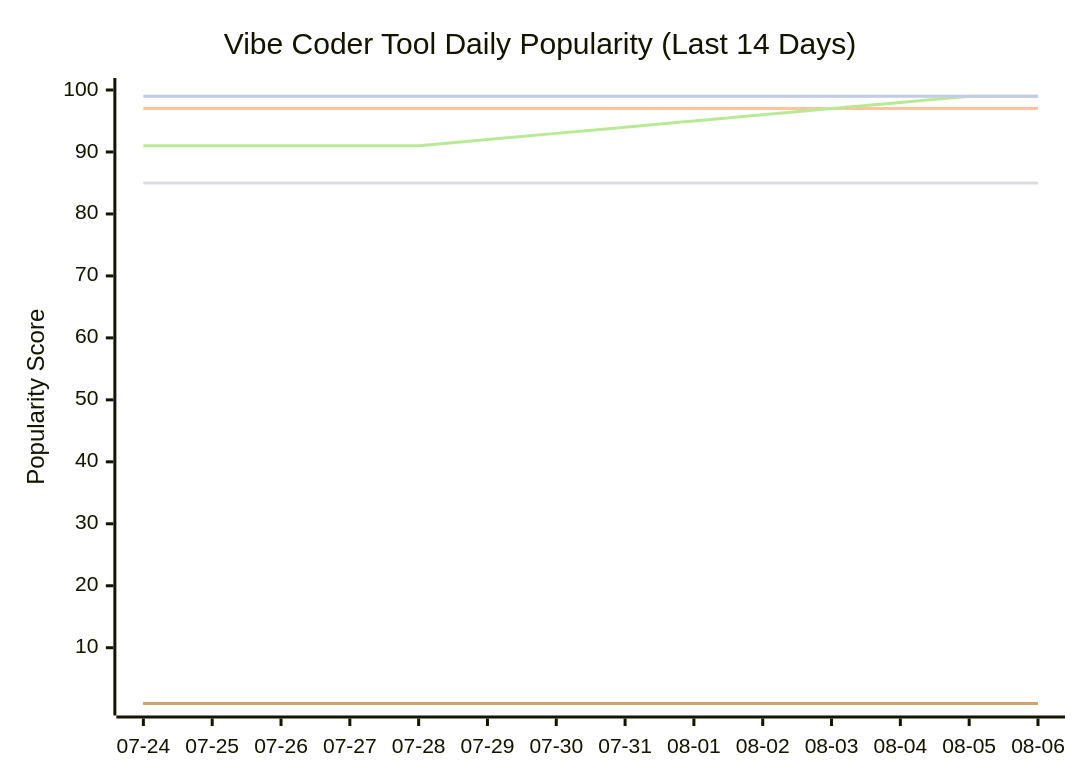
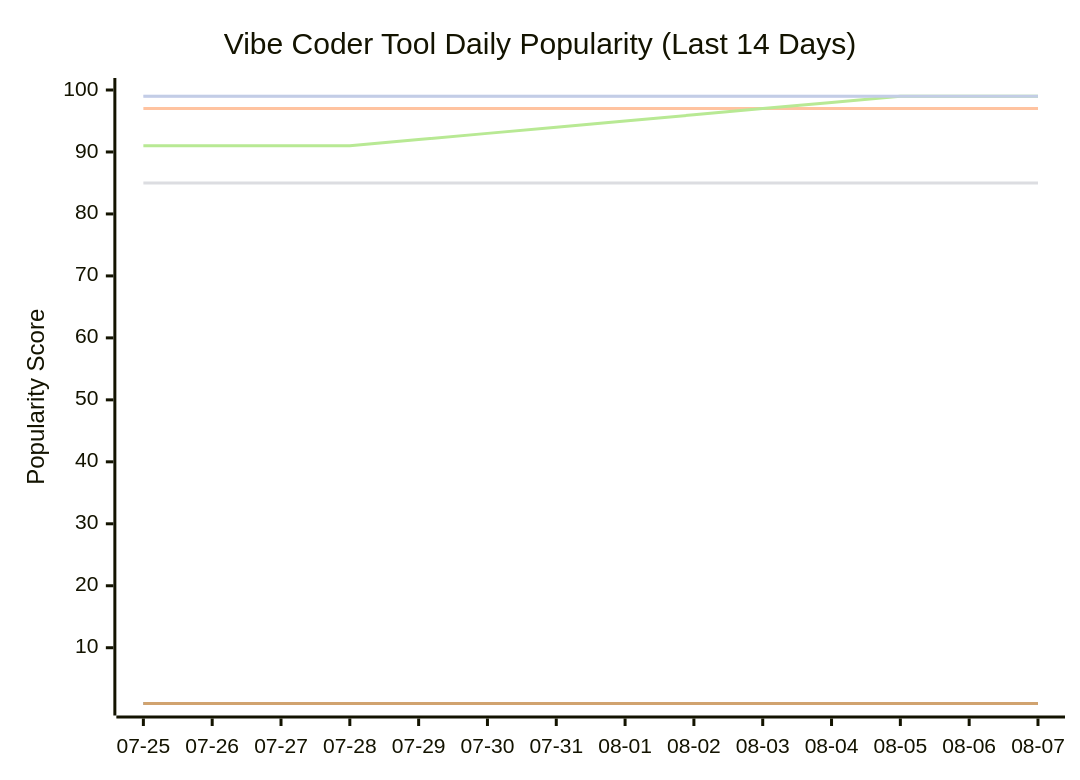
Before and after one commit to tykimos/ai-whatchelin: the seventh of 11 diagrams in README.md, drawn with Mermaid. The commit also changed other lines of this file and 4 other files, not shown here.

````diff
--- a/README.md
+++ b/README.md
@@ -2181,13 +2181,13 @@
 ```mermaid
 xychart-beta
     title "Vibe Coder Tool Daily Popularity (Last 14 Days)"
-    x-axis ["07-24", "07-25", "07-26", "07-27", "07-28", "07-29", "07-30", "07-31", "08-01", "08-02", "08-03", "08-04", "08-05", "08-06"]
+    x-axis ["07-25", "07-26", "07-27", "07-28", "07-29", "07-30", "07-31", "08-01", "08-02", "08-03", "08-04", "08-05", "08-06", "08-07"]
     y-axis "Popularity Score" 1 --> 100
     line "Claude Code" [99, 99, 99, 99, 99, 99, 99, 99, 99, 99, 99, 99, 99, 99]
     line "GH Copilot" [1, 1, 1, 1, 1, 1, 1, 1, 1, 1, 1, 1, 1, 1]
     line "Cursor" [97, 97, 97, 97, 97, 97, 97, 97, 97, 97, 97, 97, 97, 97]
     line "Windsurf" [85, 85, 85, 85, 85, 85, 85, 85, 85, 85, 85, 85, 85, 85]
-    line "Codex CLI" [91, 91, 91, 91, 91, 92, 93, 94, 95, 96, 97, 98, 99, 99]
+    line "Codex CLI" [91, 91, 91, 91, 92, 93, 94, 95, 96, 97, 98, 99, 99, 99]
     line "Gemini CLI" [1, 1, 1, 1, 1, 1, 1, 1, 1, 1, 1, 1, 1, 1]
     line "Antigravity" [99, 99, 99, 99, 99, 99, 99, 99, 99, 99, 99, 99, 99, 99]
 ```
````
